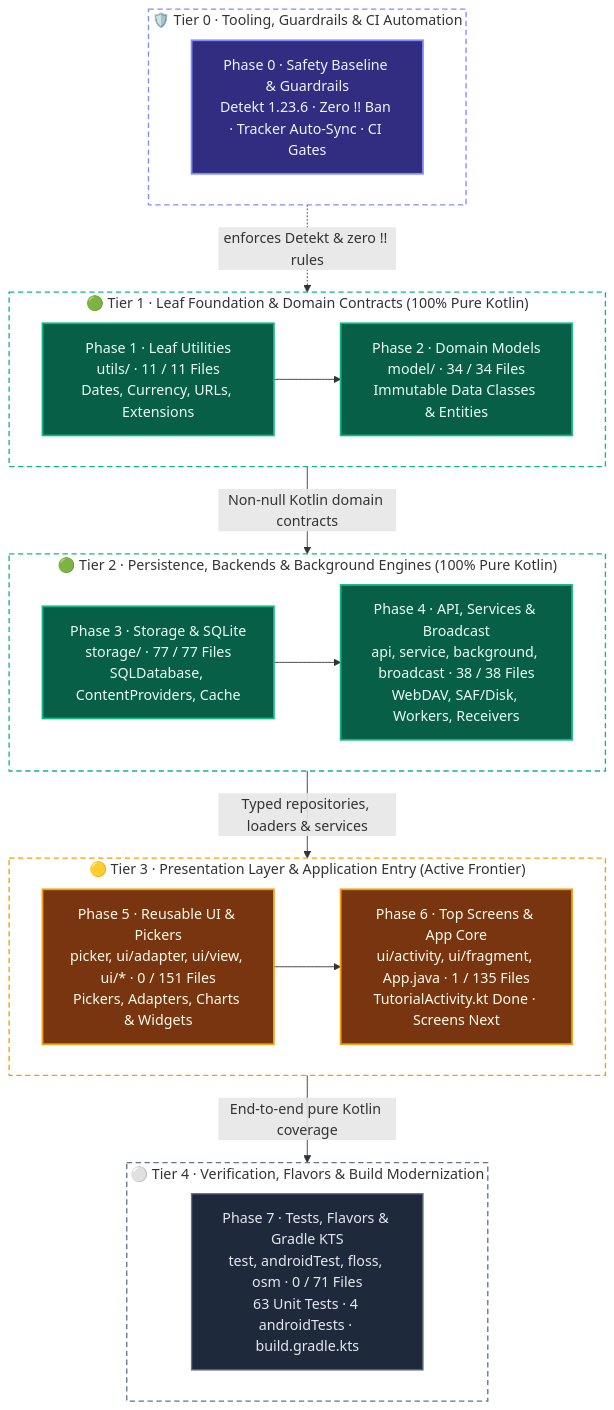
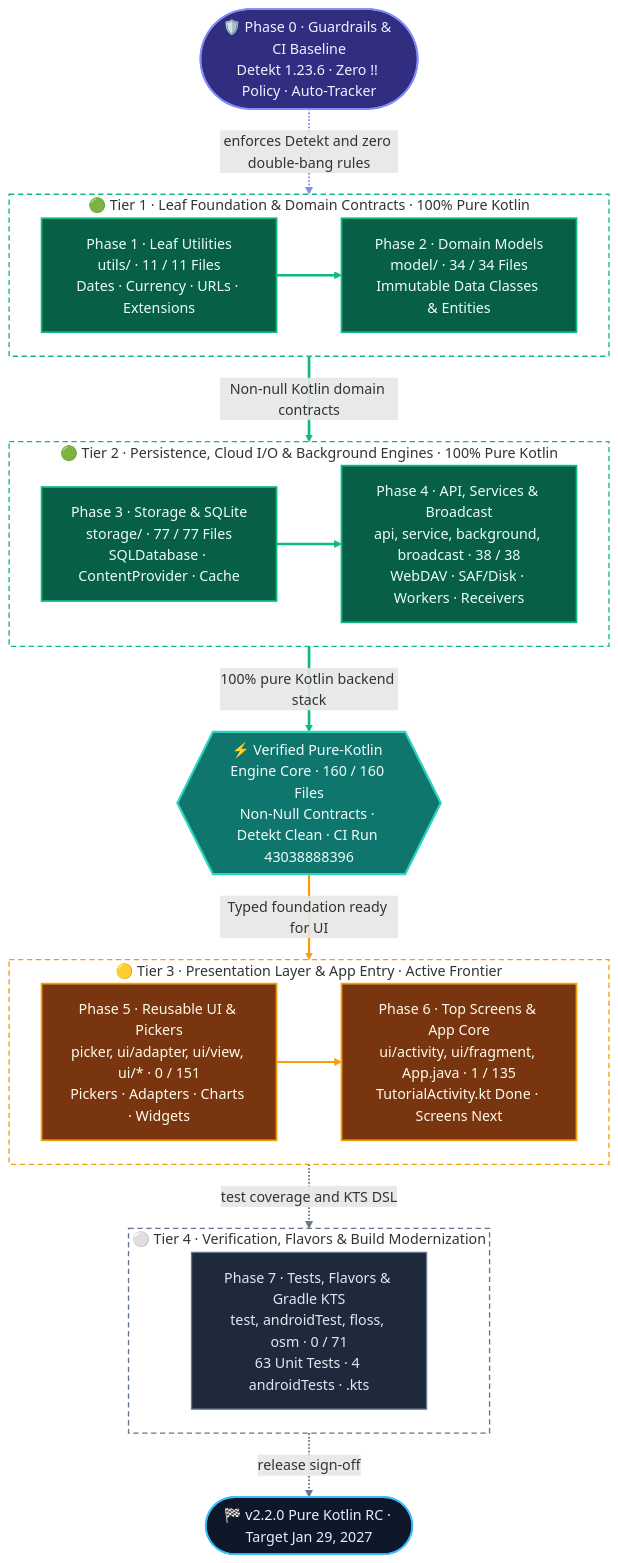
One commit to solomonrajan/cashledger changed the first of 2 diagrams in KOTLIN_MIGRATION.mdx. Above: the diagram before and after it, drawn with Mermaid. The commit also changed other lines of this file, not shown here.

Commit message:
docs(migration): upgrade architecture and timeline diagrams with modern creative Mermaid pipeline
Upgrade the Migration Architecture & Flow and Master Timeline diagrams in KOTLIN_MIGRATION.mdx:

- Added smooth bezier curve layout (init flowchart curve: basis) and semantic node silhouettes:
  - Stadium pills for Phase 0 CI Guardrails entry and the v2.2.0 Pure Kotlin RC finish target
  - Convergence hexagon hub highlighting the verified 160 / 160 Pure-Kotlin Engine Core (CI Run 43038888396) separating lower layers from the UI frontier
- Color-coded directional flows with linkStyle and thick ==> highway edges across completed tiers, active amber edges into UI Layers, and dashed indigo/slate paths for guardrails and Phase 7/release sign-off
- Harmonized Master Timeline node shapes and color-coded links while preserving Update-MigrationTracker.ps1 automation compatibility

````diff
--- a/KOTLIN_MIGRATION.mdx
+++ b/KOTLIN_MIGRATION.mdx
@@ -59,49 +59,59 @@
 ```mermaid
+%%{init: {"flowchart": {"curve": "basis", "nodeSpacing": 34, "rankSpacing": 48, "padding": 16}}}%%
 flowchart TB
     classDef guardrail fill:#312E81,stroke:#818CF8,stroke-width:2px,color:#EEF2FF
     classDef complete fill:#065F46,stroke:#10B981,stroke-width:2px,color:#ECFDF5
+    classDef hub fill:#0F766E,stroke:#2DD4BF,stroke-width:2.5px,color:#F0FDFA
     classDef inprog fill:#78350F,stroke:#F59E0B,stroke-width:2px,color:#FFFBEB
     classDef pending fill:#1E293B,stroke:#64748B,stroke-width:1.5px,color:#E2E8F0
+    classDef target fill:#0F172A,stroke:#38BDF8,stroke-width:2px,color:#E0F2FE
 
-    subgraph L0["🛡️ Tier 0 · Tooling, Guardrails & CI Automation"]
+    P0(["🛡️ Phase 0 · Guardrails & CI Baseline<br/>Detekt 1.23.6 · Zero !! Policy · Auto-Tracker"]):::guardrail
+
+    subgraph L1["🟢 Tier 1 · Leaf Foundation & Domain Contracts · 100% Pure Kotlin"]
         direction LR
-        P0["Phase 0 · Safety Baseline & Guardrails<br/>Detekt 1.23.6 · Zero !! Ban · Tracker Auto-Sync · CI Gates"]:::guardrail
+        P1["Phase 1 · Leaf Utilities<br/>utils/ · 11 / 11 Files<br/>Dates · Currency · URLs · Extensions"]:::complete
+        P2["Phase 2 · Domain Models<br/>model/ · 34 / 34 Files<br/>Immutable Data Classes & Entities"]:::complete
+        P1 ==> P2
     end
 
-    subgraph L1["🟢 Tier 1 · Leaf Foundation & Domain Contracts (100% Pure Kotlin)"]
+    subgraph L2["🟢 Tier 2 · Persistence, Cloud I/O & Background Engines · 100% Pure Kotlin"]
         direction LR
-        P1["Phase 1 · Leaf Utilities<br/>utils/ · 11 / 11 Files<br/>Dates, Currency, URLs, Extensions"]:::complete
-        P2["Phase 2 · Domain Models<br/>model/ · 34 / 34 Files<br/>Immutable Data Classes & Entities"]:::complete
-        P1 --> P2
+        P3["Phase 3 · Storage & SQLite<br/>storage/ · 77 / 77 Files<br/>SQLDatabase · ContentProvider · Cache"]:::complete
+        P4["Phase 4 · API, Services & Broadcast<br/>api, service, background, broadcast · 38 / 38<br/>WebDAV · SAF/Disk · Workers · Receivers"]:::complete
+        P3 ==> P4
     end
 
-    subgraph L2["🟢 Tier 2 · Persistence, Backends & Background Engines (100% Pure Kotlin)"]
+    CORE{{"⚡ Verified Pure-Kotlin Engine Core · 160 / 160 Files<br/>Non-Null Contracts · Detekt Clean · CI Run 43038888396"}}:::hub
+
+    subgraph L3["🟡 Tier 3 · Presentation Layer & App Entry · Active Frontier"]
         direction LR
-        P3["Phase 3 · Storage & SQLite<br/>storage/ · 77 / 77 Files<br/>SQLDatabase, ContentProviders, Cache"]:::complete
-        P4["Phase 4 · API, Services & Broadcast<br/>api, service, background, broadcast · 38 / 38 Files<br/>WebDAV, SAF/Disk, Workers, Receivers"]:::complete
-        P3 --> P4
-    end
-
-    subgraph L3["🟡 Tier 3 · Presentation Layer & Application Entry (Active Frontier)"]
-        direction LR
-        P5["Phase 5 · Reusable UI & Pickers<br/>picker, ui/adapter, ui/view, ui/* · 0 / 151 Files<br/>Pickers, Adapters, Charts & Widgets"]:::inprog
-        P6["Phase 6 · Top Screens & App Core<br/>ui/activity, ui/fragment, App.java · 1 / 135 Files<br/>TutorialActivity.kt Done · Screens Next"]:::inprog
+        P5["Phase 5 · Reusable UI & Pickers<br/>picker, ui/adapter, ui/view, ui/* · 0 / 151<br/>Pickers · Adapters · Charts · Widgets"]:::inprog
+        P6["Phase 6 · Top Screens & App Core<br/>ui/activity, ui/fragment, App.java · 1 / 135<br/>TutorialActivity.kt Done · Screens Next"]:::inprog
         P5 --> P6
     end
 
     subgraph L4["⚪ Tier 4 · Verification, Flavors & Build Modernization"]
         direction LR
-        P7["Phase 7 · Tests, Flavors & Gradle KTS<br/>test, androidTest, floss, osm · 0 / 71 Files<br/>63 Unit Tests · 4 androidTests · build.gradle.kts"]:::pending
+        P7["Phase 7 · Tests, Flavors & Gradle KTS<br/>test, androidTest, floss, osm · 0 / 71<br/>63 Unit Tests · 4 androidTests · .kts"]:::pending
     end
 
-    L0 -. enforces Detekt & zero !! rules .-> L1
-    L1 -->|"Non-null Kotlin domain contracts"| L2
-    L2 -->|"Typed repositories, loaders & services"| L3
-    L3 -->|"End-to-end pure Kotlin coverage"| L4
+    TARGET(["🏁 v2.2.0 Pure Kotlin RC · Target Jan 29, 2027"]):::target
 
-    style L0 fill:none,stroke:#818CF8,stroke-width:1.5px,stroke-dasharray:6 4
+    P0 -. enforces Detekt and zero double-bang rules .-> L1
+    L1 ==>|Non-null Kotlin domain contracts| L2
+    L2 ==>|100% pure Kotlin backend stack| CORE
+    CORE -->|Typed foundation ready for UI| L3
+    L3 -. test coverage and KTS DSL .-> L4
+    L4 -. release sign-off .-> TARGET
+
     style L1 fill:none,stroke:#10B981,stroke-width:1.5px,stroke-dasharray:6 4
     style L2 fill:none,stroke:#10B981,stroke-width:1.5px,stroke-dasharray:6 4
     style L3 fill:none,stroke:#F59E0B,stroke-width:1.5px,stroke-dasharray:6 4
     style L4 fill:none,stroke:#64748B,stroke-width:1.5px,stroke-dasharray:6 4
+
+    linkStyle 0,1,4,5 stroke:#10B981,stroke-width:3px
+    linkStyle 2,6 stroke:#F59E0B,stroke-width:2.5px
+    linkStyle 3 stroke:#818CF8,stroke-width:2px
+    linkStyle 7,8 stroke:#64748B,stroke-width:2px
 ```
````
